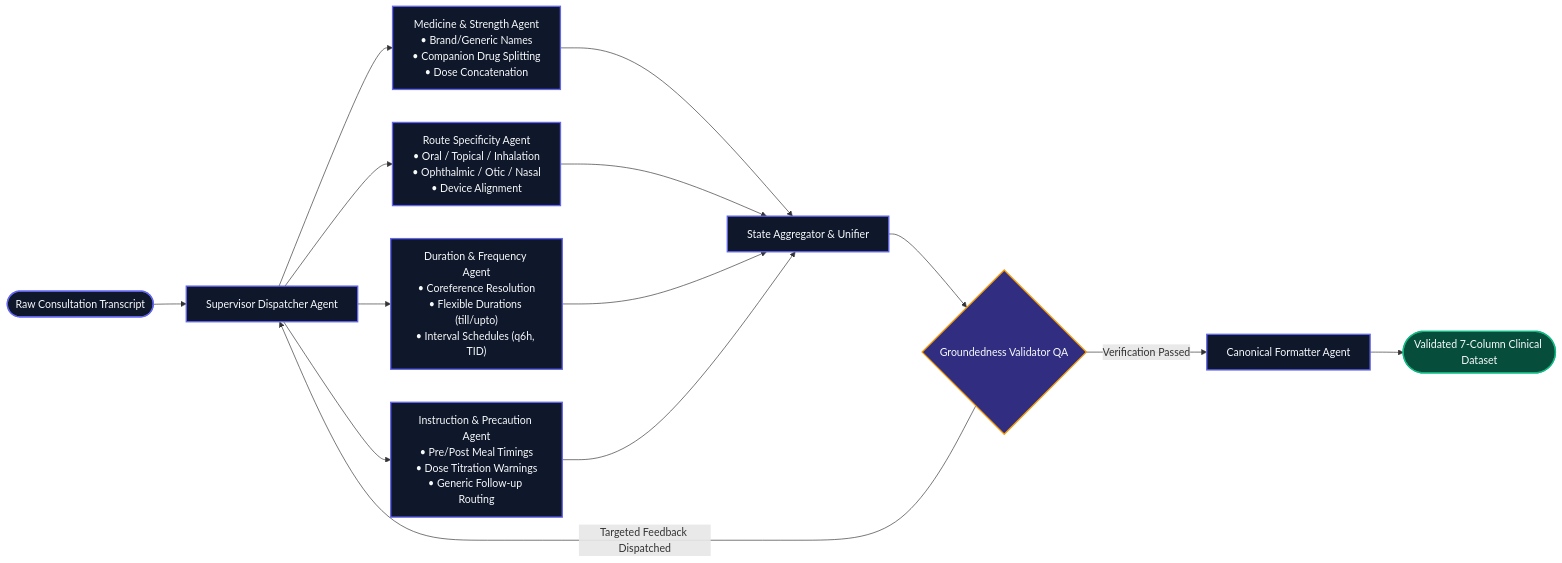
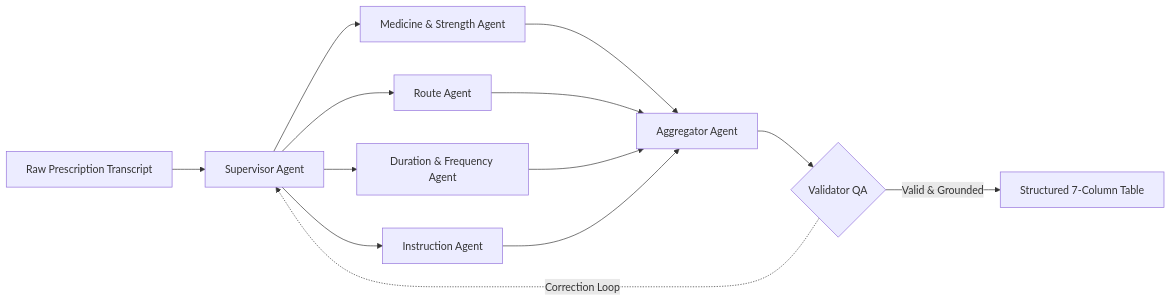
One commit to AbhinavEliac/Agentic_Prescription_Generator changed the second of 2 diagrams in README.md. Above: the diagram before and after it, drawn with Mermaid. The commit also changed other lines of this file, not shown here.

Commit message:
Simplify README with clean, minimalist, professional architecture flowcharts and concise structure

````diff
--- a/README.md
+++ b/README.md
@@ -99,25 +42,19 @@
 ```mermaid
-flowchart LR
-    classDef nodeStyle fill:#0F172A,stroke:#6366F1,stroke-width:2px,color:#F8FAFC;
-    classDef evalStyle fill:#312E81,stroke:#F59E0B,stroke-width:2px,color:#F8FAFC;
-    classDef outStyle fill:#064E3B,stroke:#10B981,stroke-width:2px,color:#F8FAFC;
+graph LR
+    Input["Raw Prescription Transcript"] --> Sup["Supervisor Agent"]
 
-    RawInput(["Raw Consultation Transcript"]):::nodeStyle --> Sup["Supervisor Dispatcher Agent"]:::nodeStyle
+    Sup --> Ag1["Medicine & Strength Agent"]
+    Sup --> Ag2["Route Agent"]
+    Sup --> Ag3["Duration & Frequency Agent"]
+    Sup --> Ag4["Instruction Agent"]
 
-    Sup --> MedAgent["Medicine & Strength Agent<br/>• Brand/Generic Names<br/>• Companion Drug Splitting<br/>• Dose Concatenation"]:::nodeStyle
-    Sup --> RouteAgent["Route Specificity Agent<br/>• Oral / Topical / Inhalation<br/>• Ophthalmic / Otic / Nasal<br/>• Device Alignment"]:::nodeStyle
-    Sup --> DurFreqAgent["Duration & Frequency Agent<br/>• Coreference Resolution<br/>• Flexible Durations (till/upto)<br/>• Interval Schedules (q6h, TID)"]:::nodeStyle
-    Sup --> InstAgent["Instruction & Precaution Agent<br/>• Pre/Post Meal Timings<br/>• Dose Titration Warnings<br/>• Generic Follow-up Routing"]:::nodeStyle
+    Ag1 --> Agg["Aggregator Agent"]
+    Ag2 --> Agg
+    Ag3 --> Agg
+    Ag4 --> Agg
 
-    MedAgent --> Agg["State Aggregator & Unifier"]:::nodeStyle
-    RouteAgent --> Agg
-    DurFreqAgent --> Agg
-    InstAgent --> Agg
-
-    Agg --> QAValidator{"Groundedness Validator QA"}:::evalStyle
-
-    QAValidator -- "Targeted Feedback Dispatched" --> Sup
-    QAValidator -- "Verification Passed" --> Formatter["Canonical Formatter Agent"]:::nodeStyle
-
-    Formatter --> ValidOutput(["Validated 7-Column Clinical Dataset"]):::outStyle
+    Agg --> Val{"Validator QA"}
+    
+    Val -->|"Valid & Grounded"| Out["Structured 7-Column Table"]
+    Val -.->|"Correction Loop"| Sup
 ```
````
